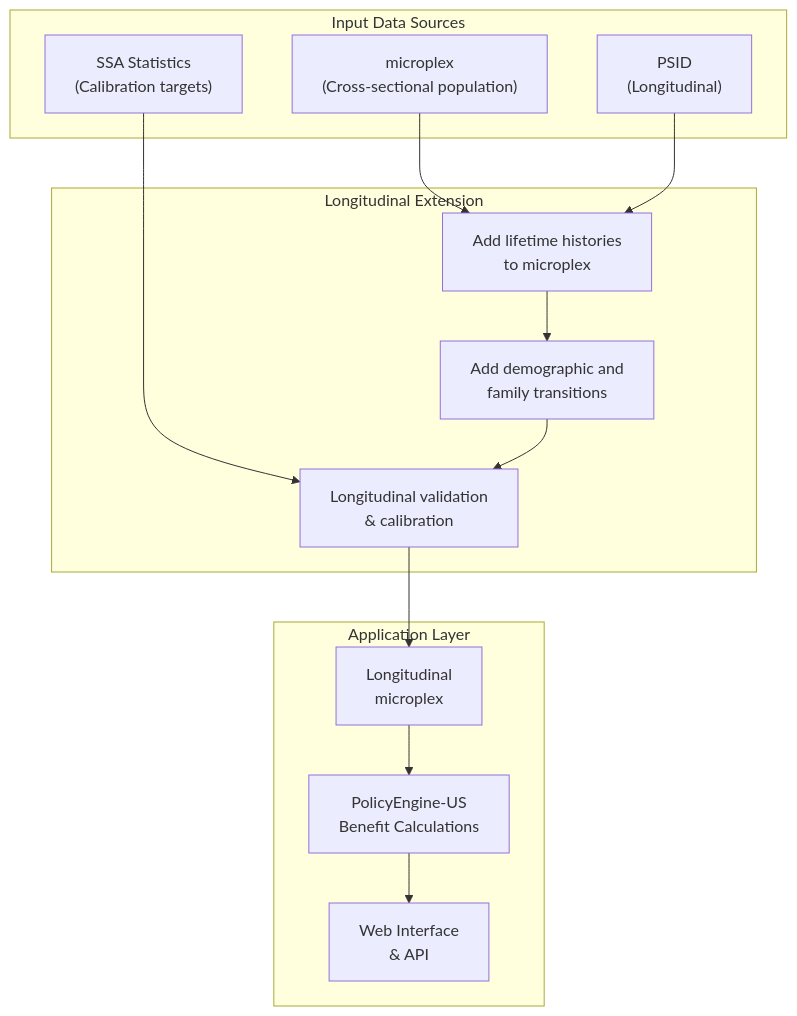
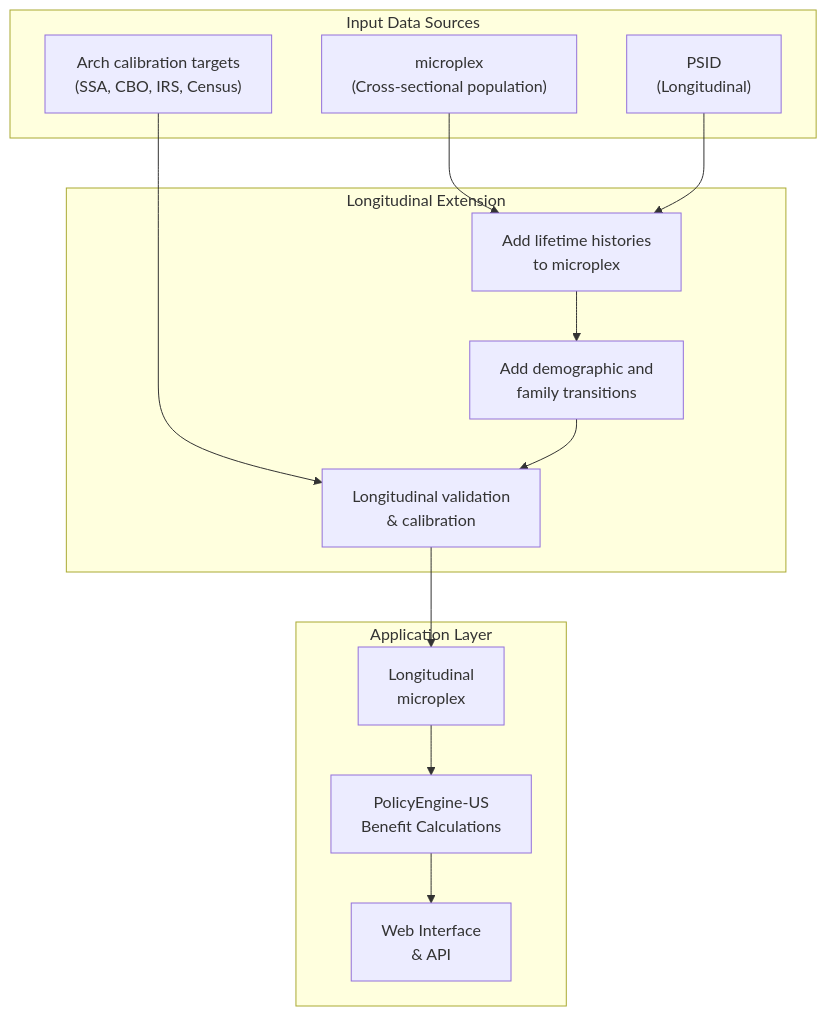
Before and after one commit to PolicyEngine/populace-dynamics: the diagram in docs/methodology.md, drawn with Mermaid. The commit also changed other lines of this file and 19 other files, not shown here.

````diff
--- a/docs/methodology.md
+++ b/docs/methodology.md
@@ -22,29 +29,29 @@
 ```mermaid
 flowchart TD
     subgraph inputs["Input Data Sources"]
         MPX["microplex<br/>(Cross-sectional population)"]
         PSID["PSID<br/>(Longitudinal)"]
-        SSA["SSA Statistics<br/>(Calibration targets)"]
+        SSA["Arch calibration targets<br/>(SSA, CBO, IRS, Census)"]
     end
 
     subgraph processing["Longitudinal Extension"]
         HIST["Add lifetime histories<br/>to microplex"]
         TRANS["Add demographic and<br/>family transitions"]
         CAL["Longitudinal validation<br/>& calibration"]
     end
 
     subgraph outputs["Application Layer"]
         PANEL["Longitudinal<br/>microplex"]
         PE["PolicyEngine-US<br/>Benefit Calculations"]
         WEB["Web Interface<br/>& API"]
     end
 
     MPX --> HIST
     PSID --> HIST
     HIST --> TRANS
     SSA --> CAL
     TRANS --> CAL
     CAL --> PANEL
     PANEL --> PE
     PE --> WEB
 ```
````
